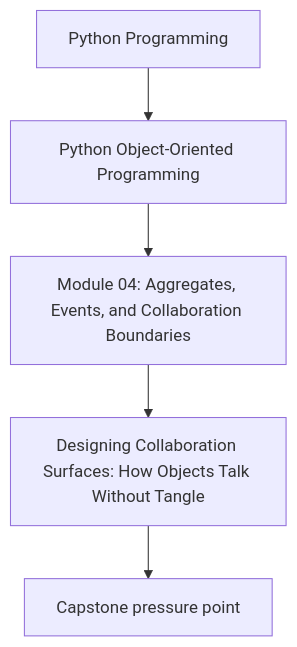
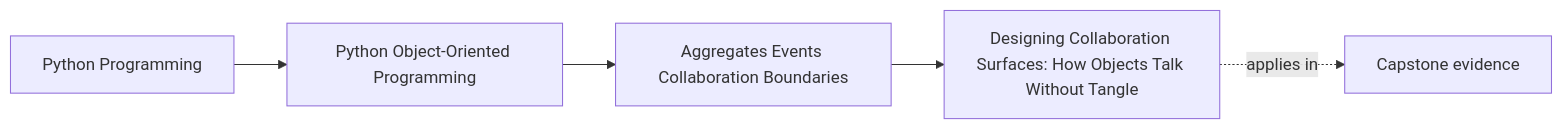
One commit to bijux/bijux-masterclass changed the first of 2 diagrams in programs/python-programming/python-object-oriented-programming/course-book/module-04-aggregates-events-collaboration-boundaries/collaboration-surfaces-without-tangle.md. Above: the diagram before and after it, drawn with Mermaid. The commit also changed other lines of this file and 65 other files, not shown here.

Commit message:
docs(python-object-oriented-programming): map object model and design foundations

````diff
--- a/programs/python-programming/python-object-oriented-programming/course-book/module-04-aggregates-events-collaboration-boundaries/collaboration-surfaces-without-tangle.md
+++ b/programs/python-programming/python-object-oriented-programming/course-book/module-04-aggregates-events-collaboration-boundaries/collaboration-surfaces-without-tangle.md
@@ -7,7 +7,11 @@
 ```mermaid
-flowchart TD
-  family["Python Programming"] --> program["Python Object-Oriented Programming"]
-  program --> module["Module 04: Aggregates, Events, and Collaboration Boundaries"]
-  module --> concept["Designing Collaboration Surfaces: How Objects Talk Without Tangle"]
-  concept --> capstone["Capstone pressure point"]
+graph LR
+  family["Python Programming"]
+  program["Python Object-Oriented Programming"]
+  section["Aggregates Events Collaboration Boundaries"]
+  page["Designing Collaboration Surfaces: How Objects Talk Without Tangle"]
+  capstone["Capstone evidence"]
+
+  family --> program --> section --> page
+  page -.applies in.-> capstone
 ```
````
